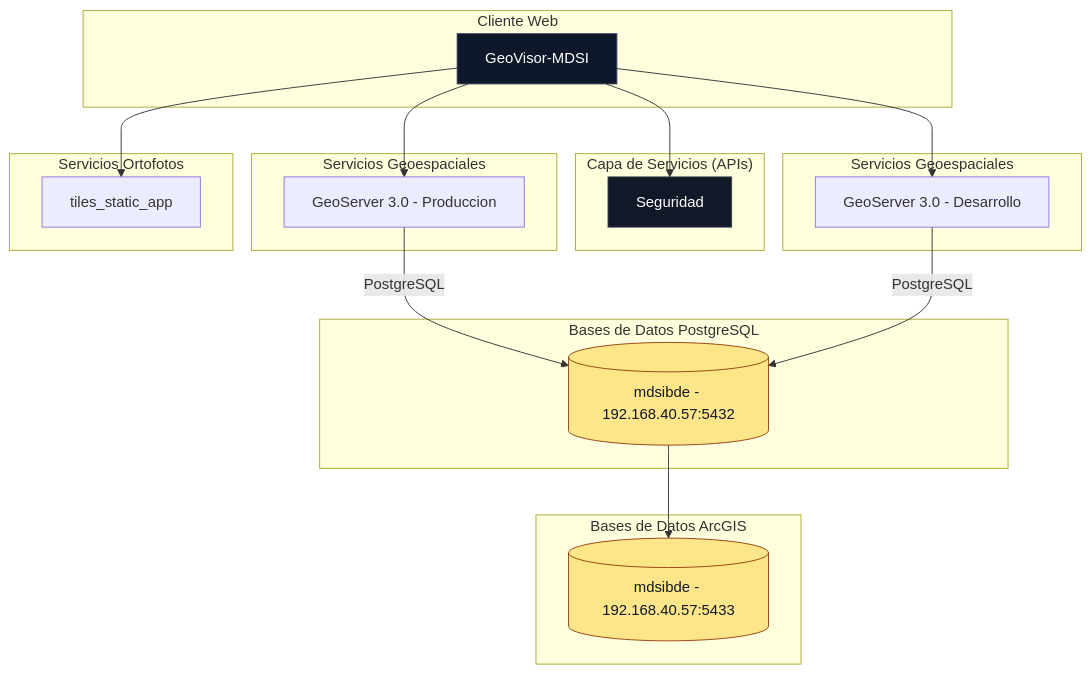
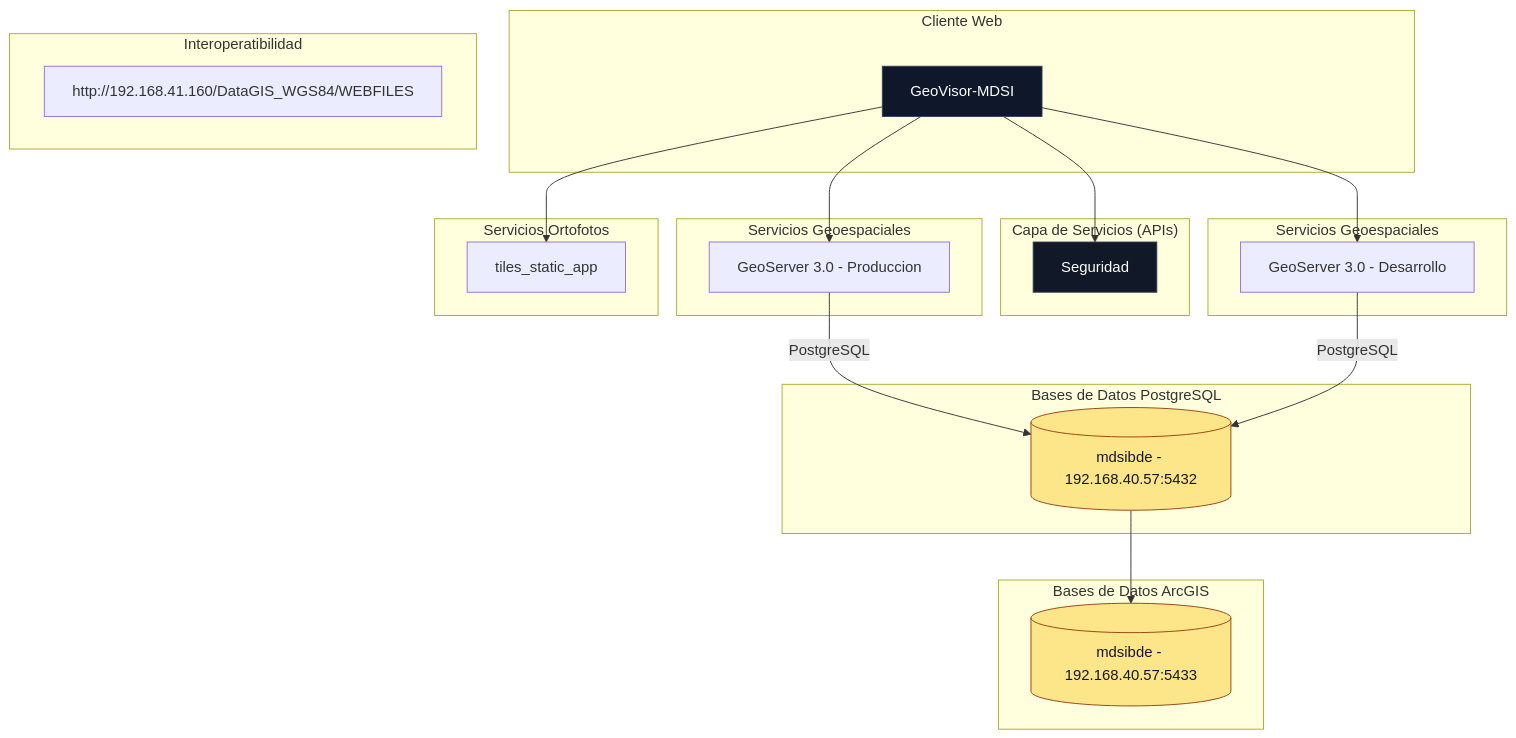
Before and after one commit to mdsigeovisor/geovisormdsi: the diagram in README.md, drawn with Mermaid.

````diff
--- a/README.md
+++ b/README.md
@@ -3,58 +3,62 @@
 ```mermaid
 graph TB
   %% =========================
   %% COMPONENTES
   %% =========================
   subgraph "Cliente Web"
     FRONT[GeoVisor-MDSI]
   end
 
   subgraph "Capa de Servicios (APIs)"
     AUTH[Seguridad]
   end
 
   subgraph "Bases de Datos PostgreSQL"
     DB1[(mdsibde - 192.168.40.57:5432)]
   end
 
   subgraph "Bases de Datos ArcGIS"
     DB2[(mdsibde - 192.168.40.57:5433)]
   end
   
   subgraph "Servicios Geoespaciales"
     GEOSERVER_PROD[GeoServer 3.0 - Produccion]
   end
 
   subgraph "Servicios Geoespaciales"
     GEOSERVER_DEV[GeoServer 3.0 - Desarrollo]
   end
 
   subgraph "Servicios Ortofotos"
     ORTOFOTOS[tiles_static_app]
   end
 
+  subgraph "Interoperatibilidad"
+    INTER[http://192.168.41.160/DataGIS_WGS84/WEBFILES]
+  end  
+
   %% =========================
   %% RELACIONES
   %% =========================
   FRONT --> AUTH
   FRONT --> GEOSERVER_PROD
   FRONT --> GEOSERVER_DEV
   FRONT --> ORTOFOTOS
   DB1 --> DB2
   
   GEOSERVER_PROD -- "PostgreSQL" --> DB1
   GEOSERVER_DEV -- "PostgreSQL" --> DB1
   
 
   %% =========================
   %% ESTILOS
   %% =========================
   classDef front fill:#0f172a,stroke:#334155,stroke-width:1px,color:#fff;
   classDef service fill:#111827,stroke:#374151,stroke-width:1px,color:#fff;
   classDef db fill:#fde68a,stroke:#92400e,stroke-width:1px,color:#111827;
 
   class FRONT front;
   class AUTH,GEOSERVER service;
   class DB1 db;
   class DB2 db;
 ```
````
